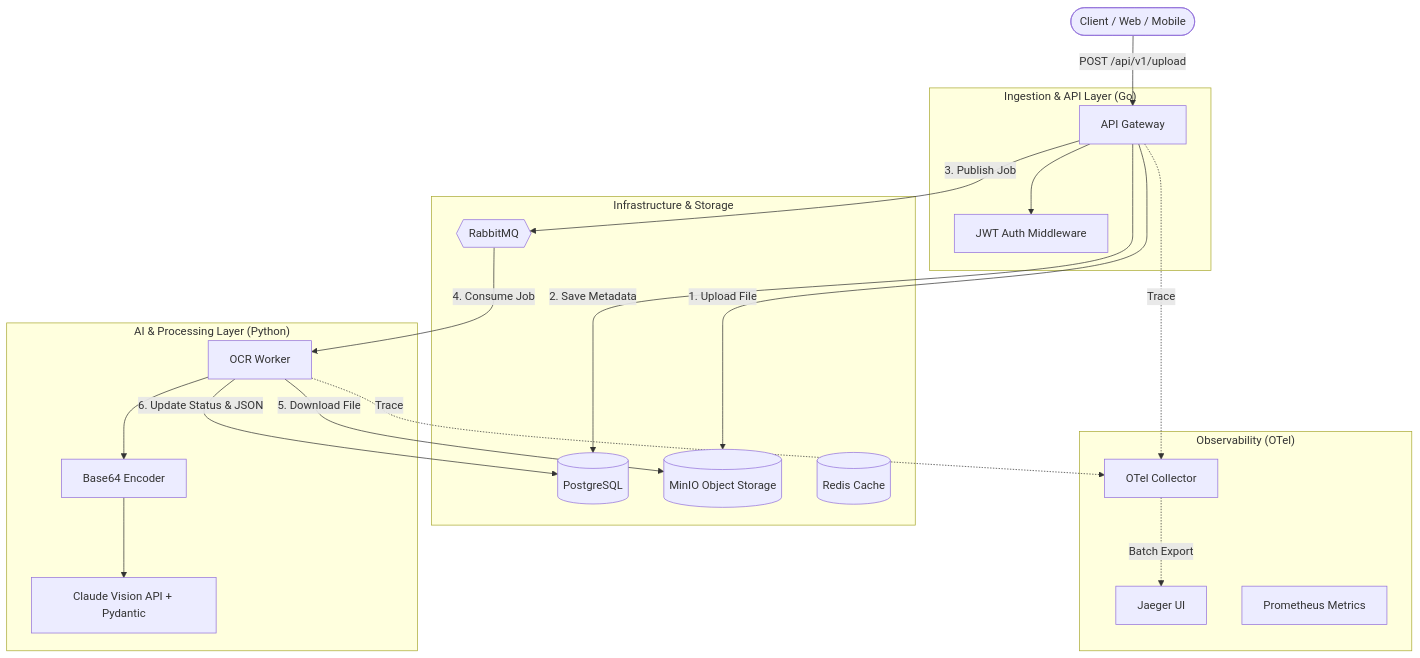
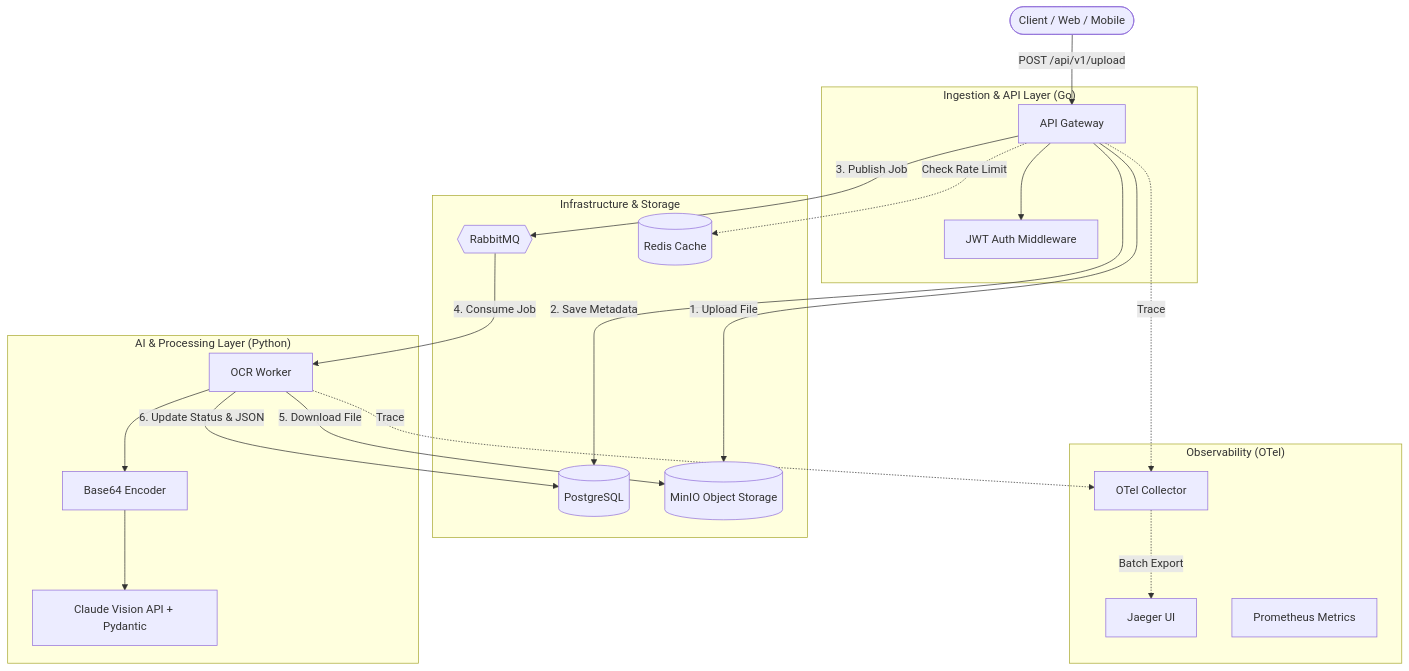
The diagram in ARCHITECTURE.md (nmduc1106/idp-system-core), drawn with Mermaid before and after one commit. The commit also changed other lines of this file, not shown here.

````diff
--- a/ARCHITECTURE.md
+++ b/ARCHITECTURE.md
@@ -63,50 +64,53 @@
 ```mermaid
 graph TD
     %% External
     Client([Client / Web / Mobile])
 
     %% API Gateway Layer (Golang)
     subgraph "Ingestion & API Layer (Go)"
         Gateway[API Gateway]
         Auth[JWT Auth Middleware]
         Gateway --> Auth
     end
 
     %% Infrastructure & State Layer
     subgraph "Infrastructure & Storage"
         DB[(PostgreSQL)]
         MinIO[(MinIO Object Storage)]
         RMQ{{RabbitMQ}}
         Redis[(Redis Cache)]
     end
 
     %% Worker Layer (Python)
     subgraph "AI & Processing Layer (Python)"
         Worker[OCR Worker]
         Encoder[Base64 Encoder]
         Claude[Claude Vision API + Pydantic]
         Worker --> Encoder --> Claude
     end
 
     %% Observability Layer
     subgraph "Observability (OTel)"
         Collector[OTel Collector]
         Jaeger[Jaeger UI]
         Prometheus[Prometheus Metrics]
     end
 
     %% Workflows
     Client -- "POST /api/v1/upload" --> Gateway
     Gateway -- "1. Upload File" --> MinIO
     Gateway -- "2. Save Metadata" --> DB
     Gateway -- "3. Publish Job" --> RMQ
 
     RMQ -- "4. Consume Job" --> Worker
     Worker -- "5. Download File" --> MinIO
     Worker -- "6. Update Status & JSON" --> DB
 
+    %% Rate Limiting Visualization
+    Gateway -. "Check Rate Limit" .-> Redis
+
     %% Tracing lines
     Gateway -. "Trace" .-> Collector
     Worker -. "Trace" .-> Collector
     Collector -. "Batch Export" .-> Jaeger
 ```
````
